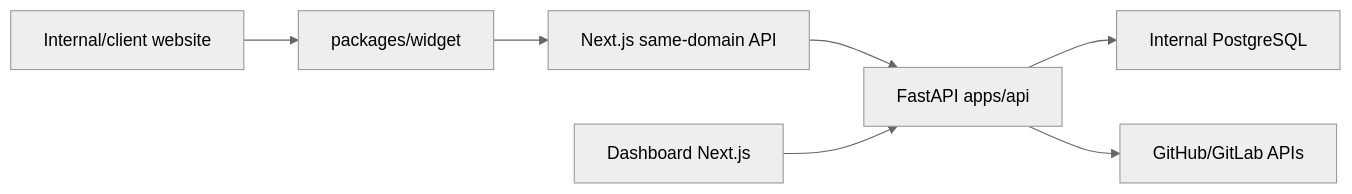
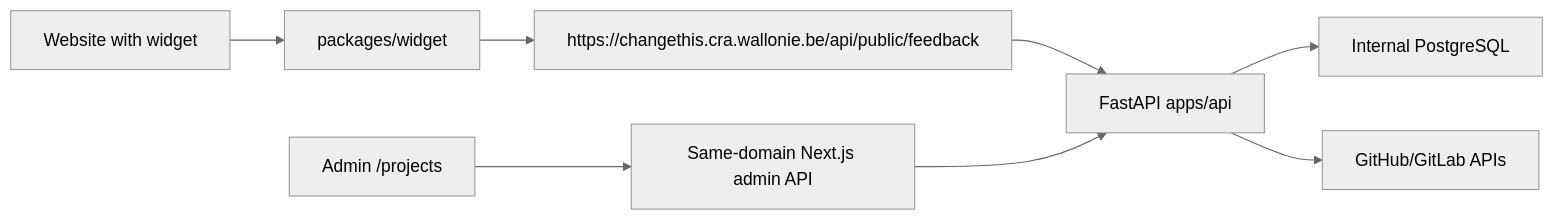
Before and after one commit to MLyte/ChangeThis: the fifth of 5 diagrams in README.md, drawn with Mermaid (neutral theme). The commit also changed other lines of this file and 23 other files, not shown here.

````diff
--- a/README.md
+++ b/README.md
@@ -147,9 +210,10 @@
 ```mermaid
 flowchart LR
-  Site["Internal/client website"] --> Widget["packages/widget"]
-  Widget --> NextPublic["Next.js same-domain API"]
-  NextPublic --> FastAPI["FastAPI apps/api"]
-  Dashboard["Dashboard Next.js"] --> FastAPI
+  Site["Website with widget"] --> Widget["packages/widget"]
+  Widget --> PublicApi["https://changethis.cra.wallonie.be/api/public/feedback"]
+  PublicApi --> FastAPI["FastAPI apps/api"]
+  Dashboard["Admin /projects"] --> PrivateApi["Same-domain Next.js admin API"]
+  PrivateApi --> FastAPI
   FastAPI --> Postgres["Internal PostgreSQL"]
   FastAPI --> Providers["GitHub/GitLab APIs"]
 ```
````
